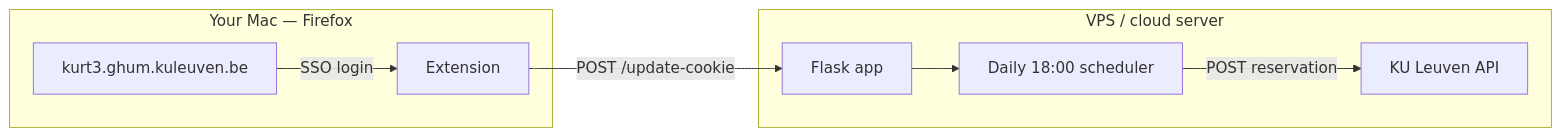
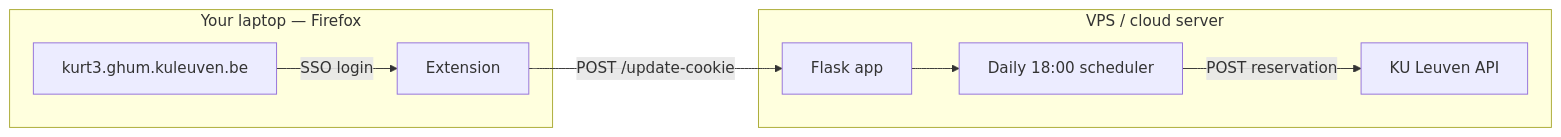
Before and after one commit to YJimmyZhang/ku-leuven-autobooker: the diagram in README.md, drawn with Mermaid.

Commit message:
Make architecture diagram platform-neutral

````diff
--- a/README.md
+++ b/README.md
@@ -10,17 +10,17 @@
 ```mermaid
 flowchart LR
-  subgraph browser [Your Mac — Firefox]
+  subgraph browser [Your laptop — Firefox]
     EXT[Extension]
     KURT3[kurt3.ghum.kuleuven.be]
     KURT3 -->|SSO login| EXT
   end
 
   subgraph server [VPS / cloud server]
     API[Flask app]
     SCHED[Daily 18:00 scheduler]
     API --> SCHED
     SCHED -->|POST reservation| KURT3API[KU Leuven API]
   end
 
   EXT -->|POST /update-cookie| API
 ```
````
